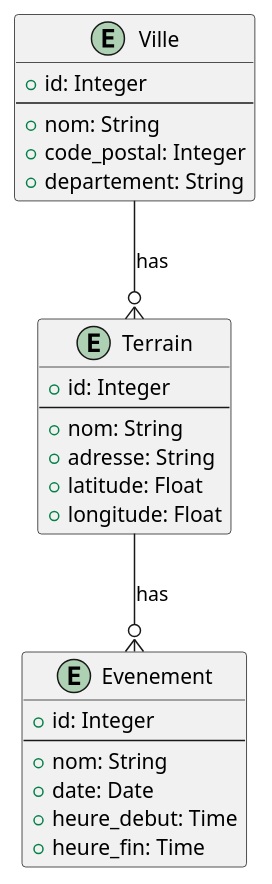
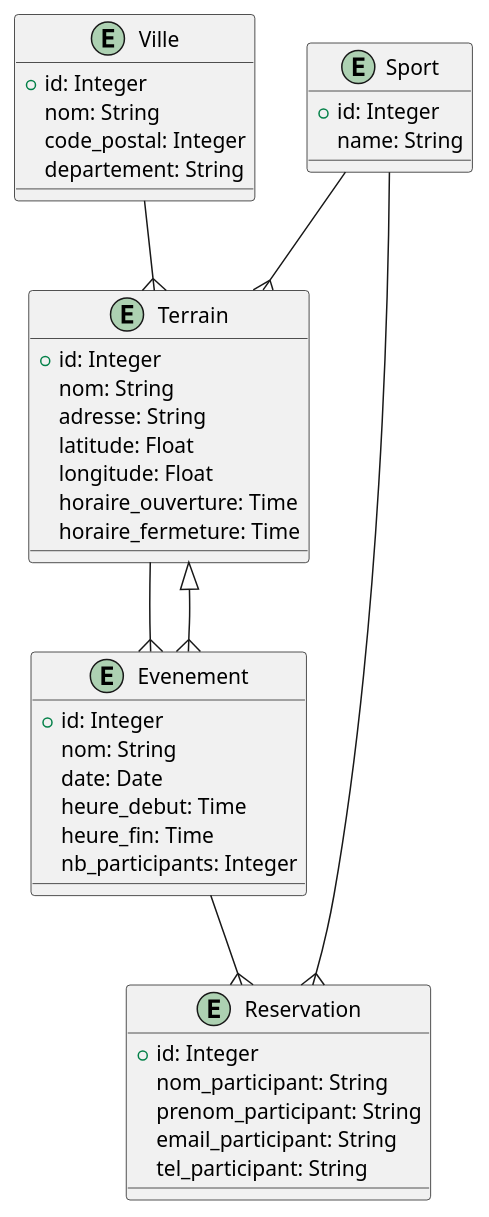
Before and after one commit to mfrj22/socsport: the diagram in src/docs/asciidoc/models/diagEA.puml, drawn with PlantUML. The commit also changed 3 other files, not shown here.

Commit message:
MAJ des diagrammes

```diff
--- a/src/docs/asciidoc/models/diagEA.puml
+++ b/src/docs/asciidoc/models/diagEA.puml
@@ -1,32 +1,47 @@
-@startuml diagEA
-
+@startuml
 entity "Ville" {
   + id: Integer
-  --
-  + nom: String
-  + code_postal: Integer
-  + departement: String
+  nom: String
+  code_postal: Integer
+  departement: String
 }
 
 entity "Terrain" {
   + id: Integer
-  --
-  + nom: String
-  + adresse: String
-  + latitude: Float
-  + longitude: Float
+  nom: String
+  adresse: String
+  latitude: Float
+  longitude: Float
+  horaire_ouverture: Time
+  horaire_fermeture: Time
 }
 
 entity "Evenement" {
   + id: Integer
-  --
-  + nom: String
-  + date: Date
-  + heure_debut: Time
-  + heure_fin: Time
+  nom: String
+  date: Date
+  heure_debut: Time
+  heure_fin: Time
+  nb_participants: Integer
 }
 
-Ville --o{ Terrain : "has"
-Terrain --o{ Evenement : "has"
+entity "Sport" {
+  + id: Integer
+  name: String
+}
 
+entity "Reservation" {
+  + id: Integer
+  nom_participant: String
+  prenom_participant: String
+  email_participant: String
+  tel_participant: String
+}
+
+Ville --{ Terrain
+Terrain --{ Evenement
+Evenement }--|> Terrain
+Evenement --{ Reservation
+Sport --{ Terrain
+Sport --{ Reservation
 @enduml
```
